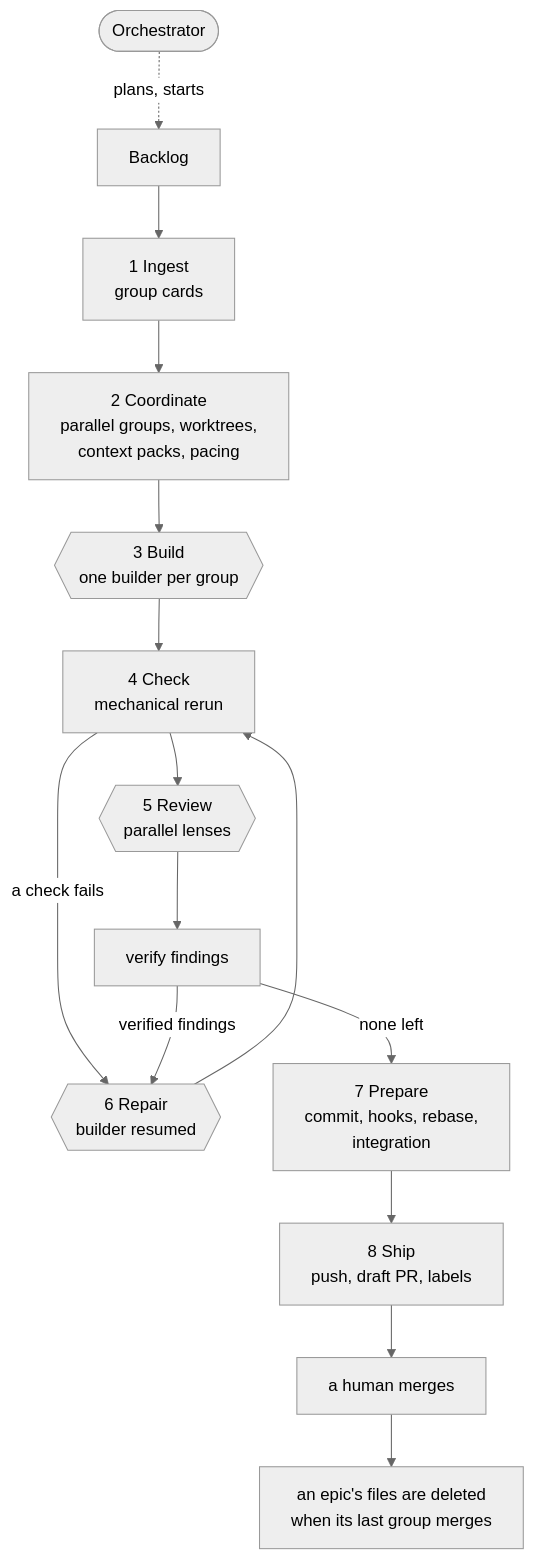
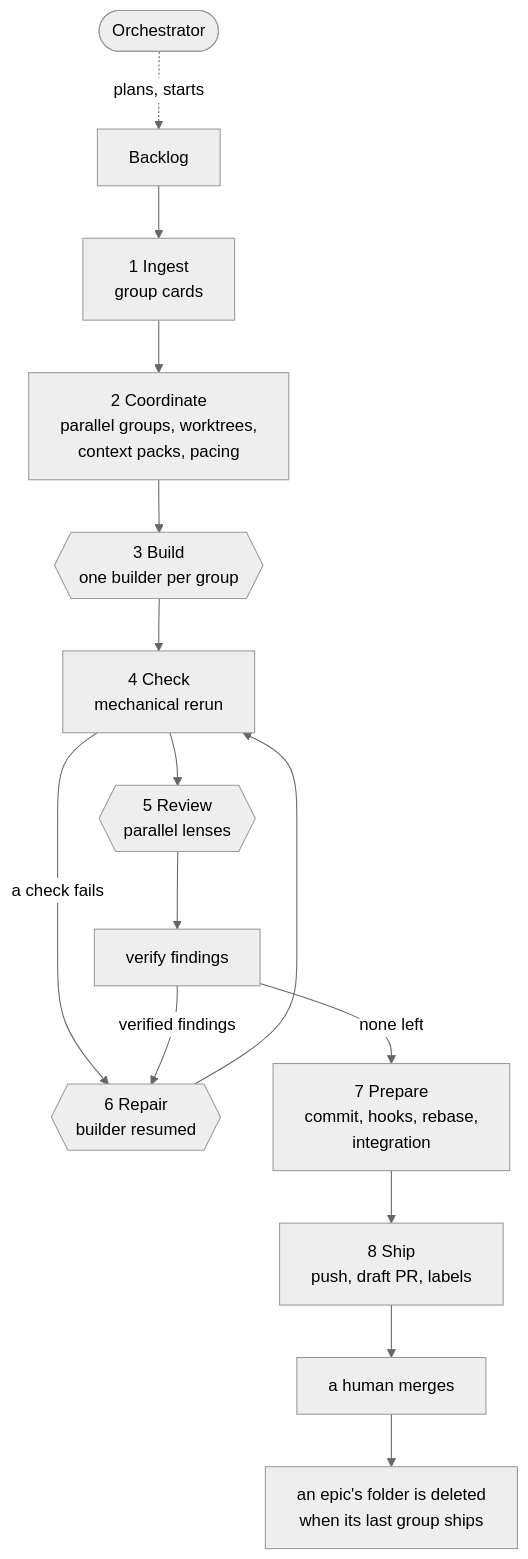
Before and after one commit to rdevitto86/komodo-agentic-factory-coding: the first of 2 diagrams in docs/hld.md, drawn with Mermaid (neutral theme). The commit also changed other lines of this file and 228 other files, not shown here.

````diff
--- a/docs/hld.md
+++ b/docs/hld.md
@@ -89,17 +89,17 @@
 ```mermaid
 flowchart TD
     O([Orchestrator]) -. plans, starts .-> B
     B[Backlog] --> I[1 Ingest<br/>group cards]
     I --> C[2 Coordinate<br/>parallel groups, worktrees,<br/>context packs, pacing]
     C --> BU{{3 Build<br/>one builder per group}}
     BU --> CK[4 Check<br/>mechanical rerun]
     CK -->|a check fails| RP
     CK --> RV{{5 Review<br/>parallel lenses}}
     RV --> VF[verify findings]
     VF -->|verified findings| RP{{6 Repair<br/>builder resumed}}
     RP --> CK
     VF -->|none left| PR[7 Prepare<br/>commit, hooks, rebase,<br/>integration]
     PR --> S[8 Ship<br/>push, draft PR, labels]
     S --> H[a human merges]
-    H --> CL[an epic's files are deleted<br/>when its last group merges]
+    H --> CL[an epic's folder is deleted<br/>when its last group ships]
 ```
````
